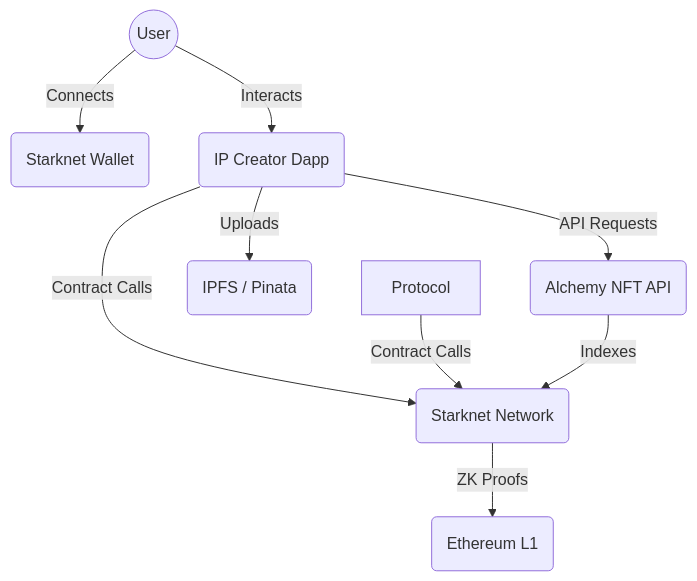
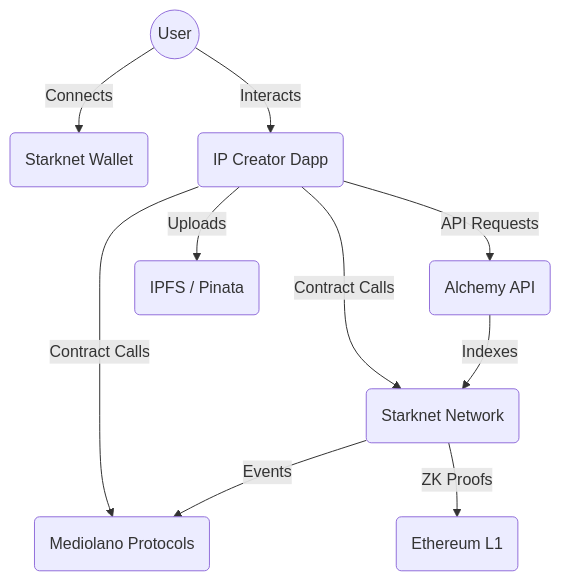
The diagram in README.md (mediolano-app/mediolano-app), drawn with Mermaid before and after one commit. The commit also changed 6 other files, not shown here.

````diff
--- a/README.md
+++ b/README.md
@@ -55,11 +55,12 @@
 ```mermaid
 graph TD
     User((User)) -->|Connects| Wallet(Starknet Wallet)
     User -->|Interacts| DApp(IP Creator Dapp)
-    DApp -->|API Requests| Alchemy(Alchemy NFT API)
+    DApp -->|API Requests| Alchemy(Alchemy API)
     DApp -->|Contract Calls| Starknet(Starknet Network)
     DApp -->|Uploads| IPFS(IPFS / Pinata)
-    Protocol -->|Contract Calls| Starknet(Starknet Network)
+    DApp -->|Contract Calls| Protocol(Mediolano Protocols)
+    Starknet -->|Events| Protocol(Mediolano Protocols)
     Starknet -->|ZK Proofs| Ethereum(Ethereum L1)
     Alchemy -->|Indexes| Starknet
 ```
````
